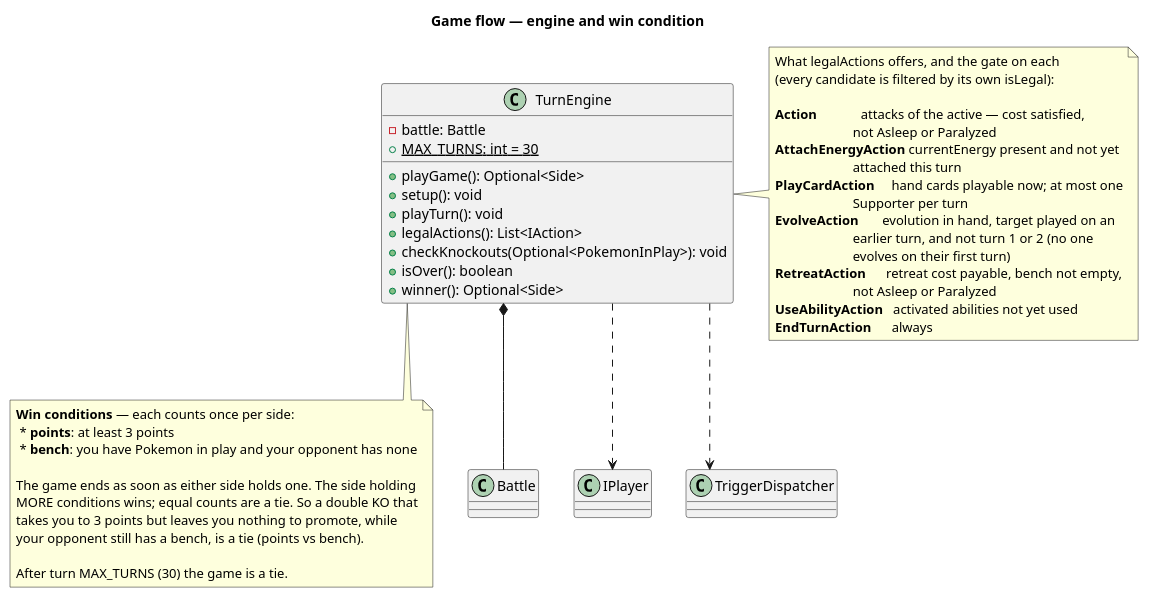
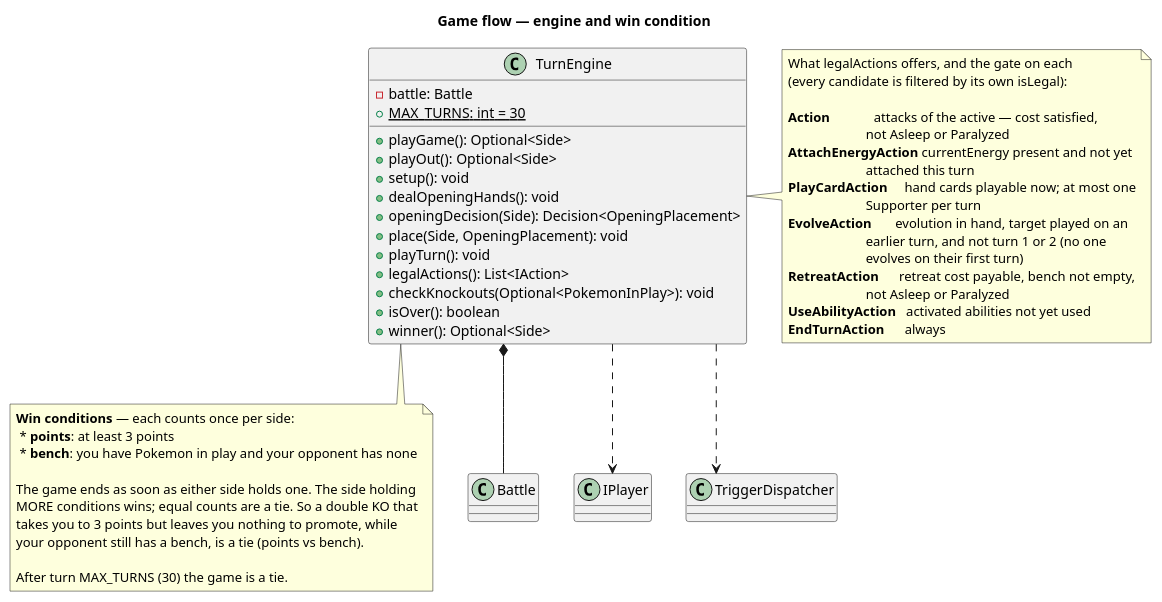
The first of 4 diagrams in docs/UML/GameFlow.puml (Richie-Moon/TCGPocketBattler), drawn with PlantUML before and after one commit. The commit also changed other lines of this file and 11 other files, not shown here.

First line of the commit message:
feat(engine): Made opening setup simultaneous and shown card images

```diff
--- a/docs/UML/GameFlow.puml
+++ b/docs/UML/GameFlow.puml
@@ -1,62 +1,67 @@
 @startuml
 title Game flow — engine and win condition
 
 skinparam linetype ortho
 
 /'
   No Phase enum. Nothing on a card reads the phase, and the engine's own
   method structure (setup, playTurn's steps) already is the phase. Add one,
   and a PhaseEntered event, when a card says "at the start of your Main phase".
 '/
 class TurnEngine {
     - battle: Battle
     + {static} MAX_TURNS: int = 30
 
     + playGame(): Optional<Side>
+    + playOut(): Optional<Side>
     + setup(): void
+    /' setup() in parts, for a caller that asks both players at once '/
+    + dealOpeningHands(): void
+    + openingDecision(Side): Decision<OpeningPlacement>
+    + place(Side, OpeningPlacement): void
     + playTurn(): void
     /' Only ever for battle.attacker(): every ITarget is turn-relative, so
        there is deliberately no Side parameter. '/
     + legalActions(): List<IAction>
     + checkKnockouts(Optional<PokemonInPlay>): void
     + isOver(): boolean
     + winner(): Optional<Side>
 }
 
 note right of TurnEngine
   What legalActions offers, and the gate on each
   (every candidate is filtered by its own isLegal):
 
   **Action**             attacks of the active — cost satisfied,
                          not Asleep or Paralyzed
   **AttachEnergyAction** currentEnergy present and not yet
                          attached this turn
   **PlayCardAction**     hand cards playable now; at most one
                          Supporter per turn
   **EvolveAction**       evolution in hand, target played on an
                          earlier turn, and not turn 1 or 2 (no one
                          evolves on their first turn)
   **RetreatAction**      retreat cost payable, bench not empty,
                          not Asleep or Paralyzed
   **UseAbilityAction**   activated abilities not yet used
   **EndTurnAction**      always
 end note
 
 note bottom of TurnEngine
   **Win conditions** — each counts once per side:
    * **points**: at least 3 points
    * **bench**: you have Pokemon in play and your opponent has none
 
   The game ends as soon as either side holds one. The side holding
   MORE conditions wins; equal counts are a tie. So a double KO that
   takes you to 3 points but leaves you nothing to promote, while
   your opponent still has a bench, is a tie (points vs bench).
 
   After turn MAX_TURNS (30) the game is a tie.
 end note
 
 TurnEngine *-- Battle
 TurnEngine ..> IPlayer
 TurnEngine ..> TriggerDispatcher
 
 @enduml
```
